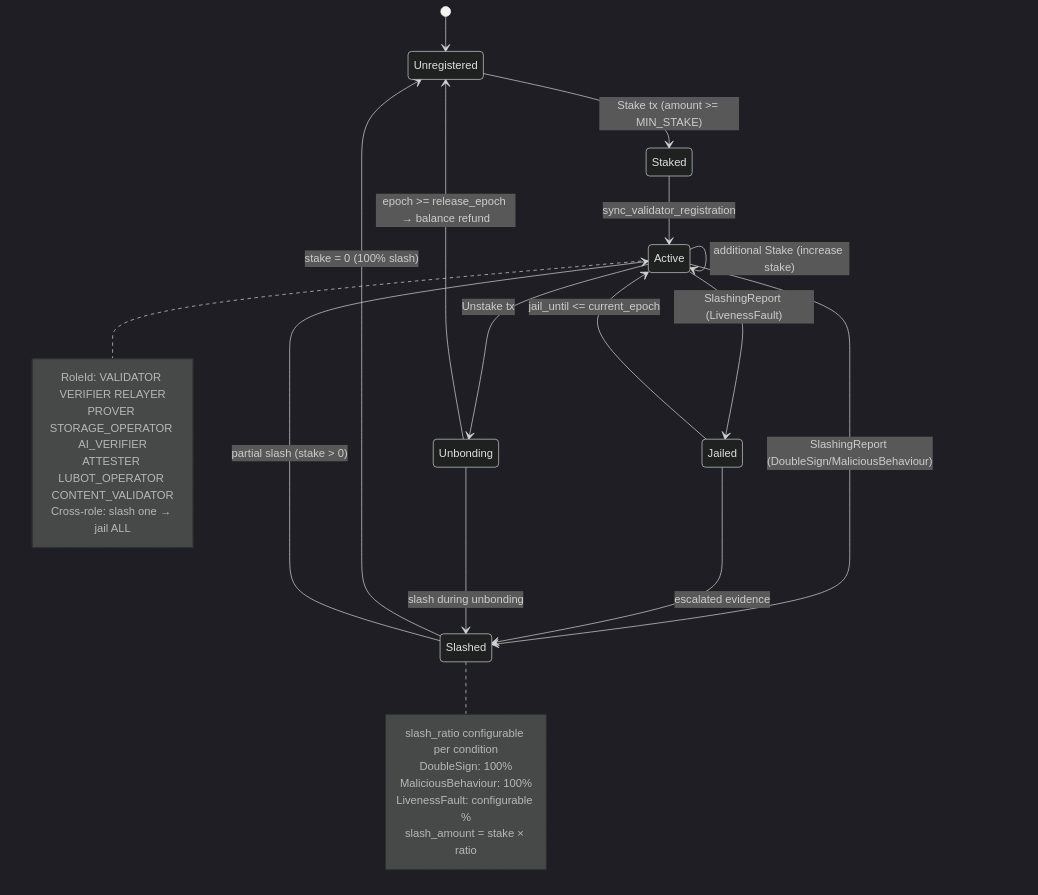
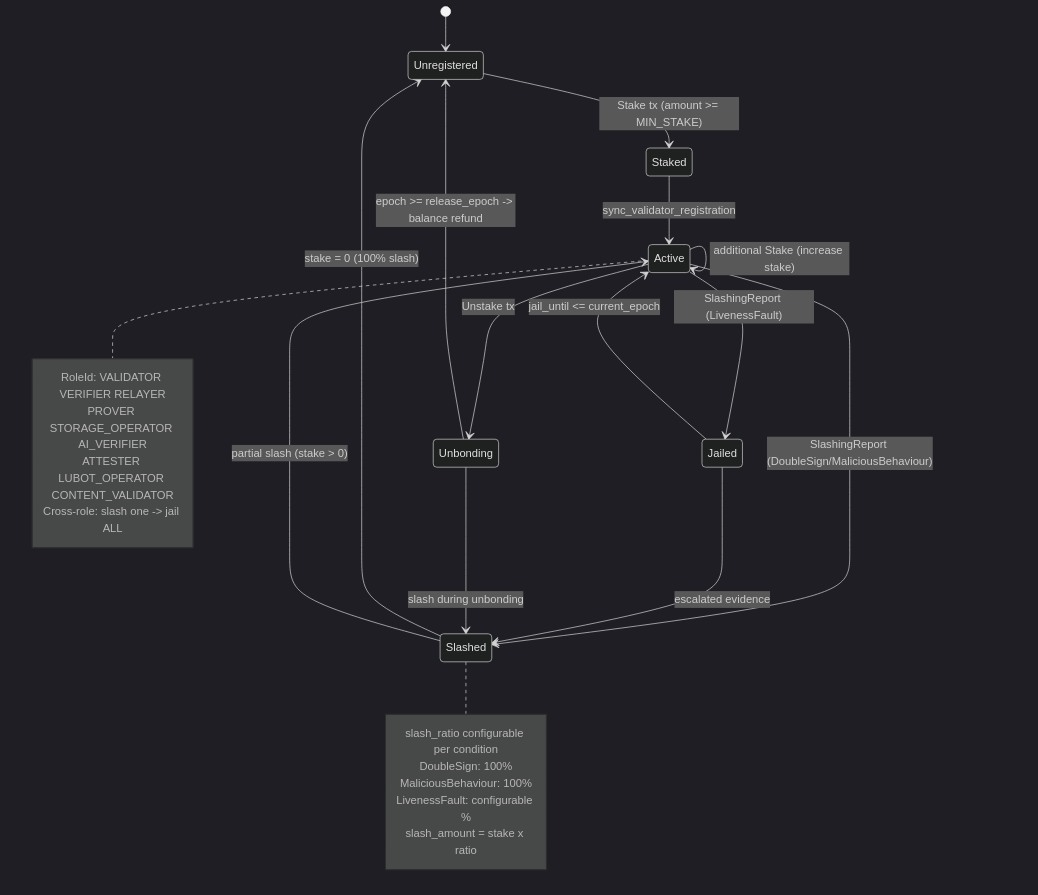
One commit to budlum-xyz/budlum changed diagram 18 of 51 in docs/ARCHITECTURE.md. Above: the diagram before and after it, drawn with Mermaid (dark theme). The commit also changed other lines of this file, not shown here.

````diff
--- a/docs/ARCHITECTURE.md
+++ b/docs/ARCHITECTURE.md
@@ -478,31 +478,31 @@
 ```mermaid
 stateDiagram-v2
   [*] --> Unregistered
   Unregistered --> Staked: Stake tx (amount >= MIN_STAKE)
   Staked --> Active: sync_validator_registration
   Active --> Active: additional Stake (increase stake)
   Active --> Slashed: SlashingReport (DoubleSign/MaliciousBehaviour)
   Active --> Jailed: SlashingReport (LivenessFault)
   Active --> Unbonding: Unstake tx
   Slashed --> Unregistered: stake = 0 (100% slash)
   Slashed --> Active: partial slash (stake > 0)
   Jailed --> Active: jail_until <= current_epoch
   Jailed --> Slashed: escalated evidence
-  Unbonding --> Unregistered: epoch >= release_epoch → balance refund
+  Unbonding --> Unregistered: epoch >= release_epoch -> balance refund
   Unbonding --> Slashed: slash during unbonding
 
   note right of Active
     RoleId: VALIDATOR VERIFIER RELAYER
     PROVER STORAGE_OPERATOR AI_VERIFIER
     ATTESTER LUBOT_OPERATOR CONTENT_VALIDATOR
-    Cross-role: slash one → jail ALL
+    Cross-role: slash one -> jail ALL
   end note
 
   note right of Slashed
     slash_ratio configurable per condition
     DoubleSign: 100%
     MaliciousBehaviour: 100%
     LivenessFault: configurable %
-    slash_amount = stake × ratio
+    slash_amount = stake x ratio
   end note
 ```
````
